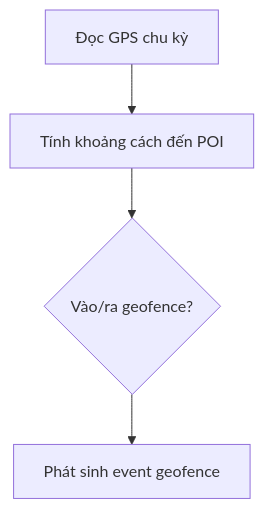
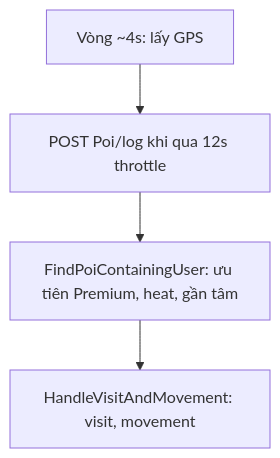
Diagram 34 of 55 in prd.md (NguyenPhuc-Du/StreetFood), drawn with Mermaid before and after one commit. The commit also changed other lines of this file and 8 other files, not shown here.

````diff
--- a/prd.md
+++ b/prd.md
@@ -1146,6 +1252,6 @@
 ```mermaid
 flowchart TD
-    D0[Đọc GPS chu kỳ] --> D1[Tính khoảng cách đến POI]
-    D1 --> D2{Vào/ra geofence?}
-    D2 --> D3[Phát sinh event geofence]
+    D0[Vòng ~4s: lấy GPS] --> D1[POST Poi/log khi qua 12s throttle]
+    D1 --> D2[FindPoiContainingUser: ưu tiên Premium, heat, gần tâm]
+    D2 --> D3[HandleVisitAndMovement: visit, movement]
 ```
````
